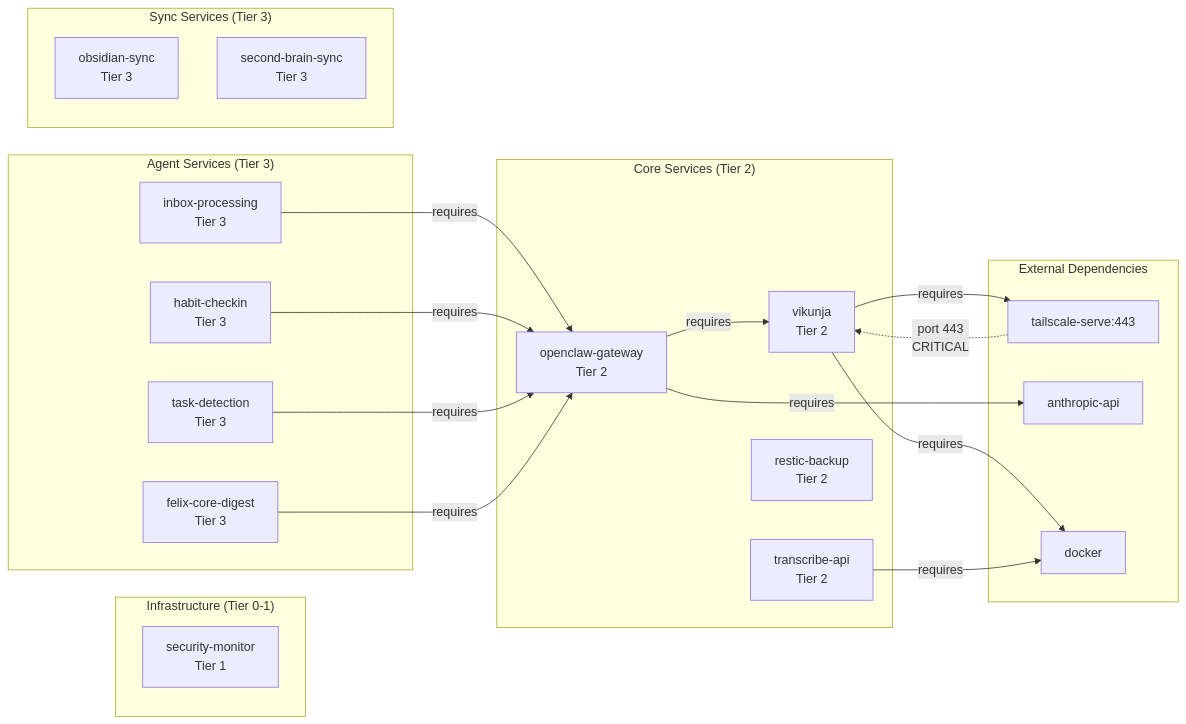
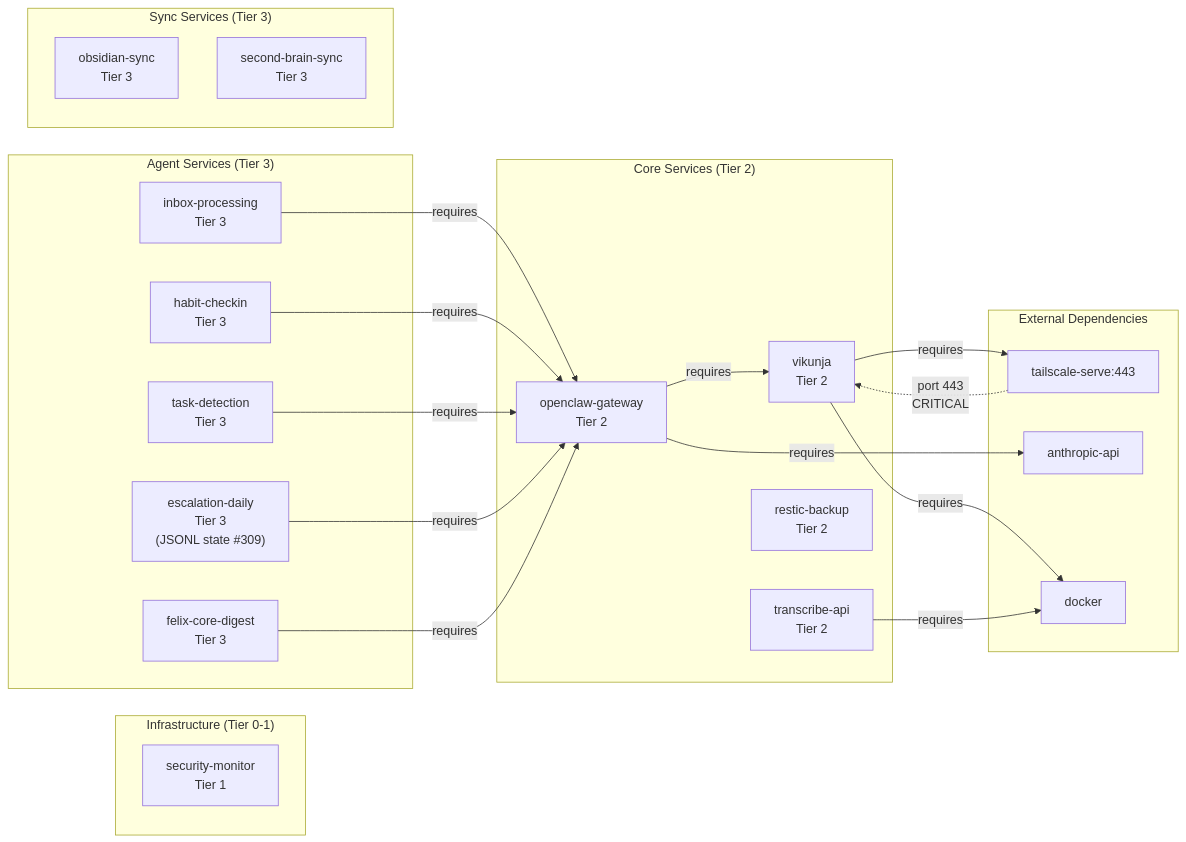
Before and after one commit to kentonium3/kg-automation: the diagram in docs/design/architecture/service-dependencies.view.md, drawn with Mermaid. The commit also changed other lines of this file and 26 other files, not shown here.

Commit message:
feat(kitty/mission-migrate-escalation-to-jsonl-state-model-01KS5R4D): squash merge of mission

````diff
--- a/docs/design/architecture/service-dependencies.view.md
+++ b/docs/design/architecture/service-dependencies.view.md
@@ -18,45 +23,47 @@
 ```mermaid
 graph LR
     subgraph Infrastructure["Infrastructure (Tier 0-1)"]
         security-monitor["security-monitor<br/>Tier 1"]
     end
 
     subgraph Core["Core Services (Tier 2)"]
         vikunja["vikunja<br/>Tier 2"]
         openclaw["openclaw-gateway<br/>Tier 2"]
         transcribe["transcribe-api<br/>Tier 2"]
         restic["restic-backup<br/>Tier 2"]
     end
 
     subgraph Agents["Agent Services (Tier 3)"]
         inbox["inbox-processing<br/>Tier 3"]
         habits["habit-checkin<br/>Tier 3"]
         taskdet["task-detection<br/>Tier 3"]
+        escalation["escalation-daily<br/>Tier 3<br/>(JSONL state #309)"]
         digest["felix-core-digest<br/>Tier 3"]
     end
 
     subgraph Sync["Sync Services (Tier 3)"]
         obsidian["obsidian-sync<br/>Tier 3"]
         secondbrain["second-brain-sync<br/>Tier 3"]
     end
 
     subgraph External["External Dependencies"]
         tailscale["tailscale-serve:443"]
         anthropic["anthropic-api"]
         docker["docker"]
     end
 
     vikunja -->|"requires"| tailscale
     vikunja -->|"requires"| docker
     tailscale -.->|"port 443<br/>CRITICAL"| vikunja
 
     openclaw -->|"requires"| anthropic
     openclaw -->|"requires"| vikunja
 
     transcribe -->|"requires"| docker
 
     inbox -->|"requires"| openclaw
     habits -->|"requires"| openclaw
     taskdet -->|"requires"| openclaw
+    escalation -->|"requires"| openclaw
     digest -->|"requires"| openclaw
 ```
````
